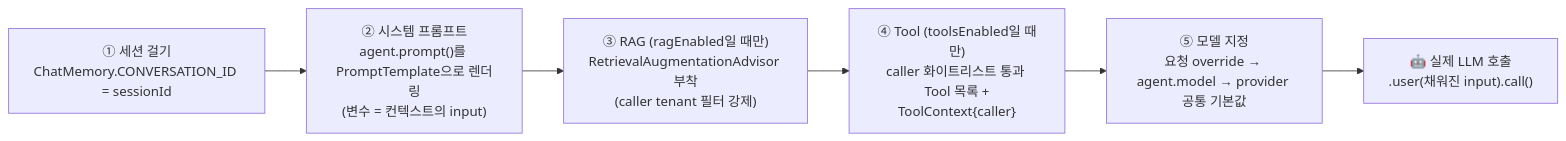
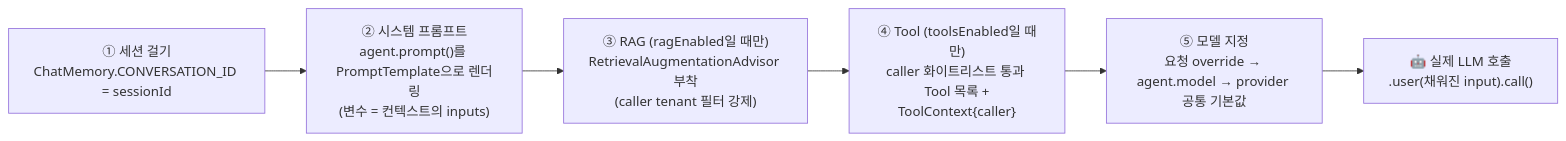
The ninth of 10 diagrams in docs/09.dstone-ai-engine.md (YongSoekChoeng/dstone), drawn with Mermaid before and after one commit. The commit also changed other lines of this file and 33 other files, not shown here.

````diff
--- a/docs/09.dstone-ai-engine.md
+++ b/docs/09.dstone-ai-engine.md
@@ -538,9 +549,9 @@
 ```mermaid
 flowchart LR
     S1["① 세션 걸기\nChatMemory.CONVERSATION_ID = sessionId"] --> S2
-    S2["② 시스템 프롬프트\nagent.prompt()를 PromptTemplate으로 렌더링\n(변수 = 컨텍스트의 input)"] --> S3
+    S2["② 시스템 프롬프트\nagent.prompt()를 PromptTemplate으로 렌더링\n(변수 = 컨텍스트의 inputs)"] --> S3
     S3["③ RAG (ragEnabled일 때만)\nRetrievalAugmentationAdvisor 부착\n(caller tenant 필터 강제)"] --> S4
     S4["④ Tool (toolsEnabled일 때만)\ncaller 화이트리스트 통과 Tool 목록 +\nToolContext{caller}"] --> S5
     S5["⑤ 모델 지정\n요청 override → agent.model → provider 공통 기본값"] --> LLM
     LLM["🤖 실제 LLM 호출\n.user(채워진 input).call()"]
 ```
````
